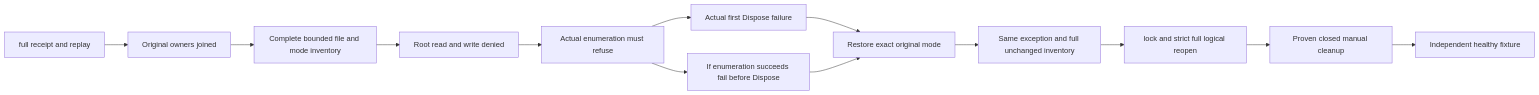
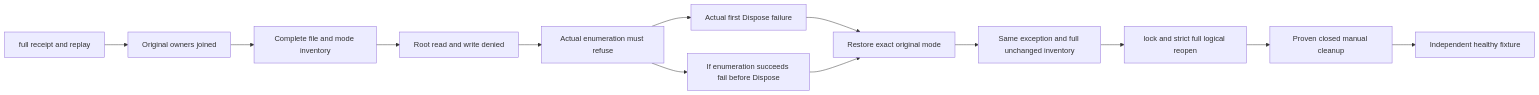
One commit to managedcode/KeyLoad changed the diagram in docs/Features/ResourceExecution/TestDatabaseDeleteFailureMemoization.md. Above: the diagram before and after it, drawn with Mermaid. The commit also changed other lines of this file and 958 other files, not shown here.

````diff
--- a/docs/Features/ResourceExecution/TestDatabaseDeleteFailureMemoization.md
+++ b/docs/Features/ResourceExecution/TestDatabaseDeleteFailureMemoization.md
@@ -15,15 +15,15 @@
 ```mermaid
 flowchart LR
   Seed[full receipt and replay] --> Join[Original owners joined]
-  Join --> Baseline[Complete bounded file and mode inventory]
+  Join --> Baseline[Complete file and mode inventory]
   Baseline --> Deny[Root read and write denied]
   Deny --> Probe[Actual enumeration must refuse]
   Probe --> Failure[Actual first Dispose failure]
   Probe --> Capability[If enumeration succeeds fail before Dispose]
   Failure --> Restore[Restore exact original mode]
   Capability --> Restore
   Restore --> Repeat[Same exception and full unchanged inventory]
   Repeat --> Reopen[lock and strict full logical reopen]
   Reopen --> Clean[Proven closed manual cleanup]
   Clean --> Healthy[Independent healthy fixture]
 ```
````
